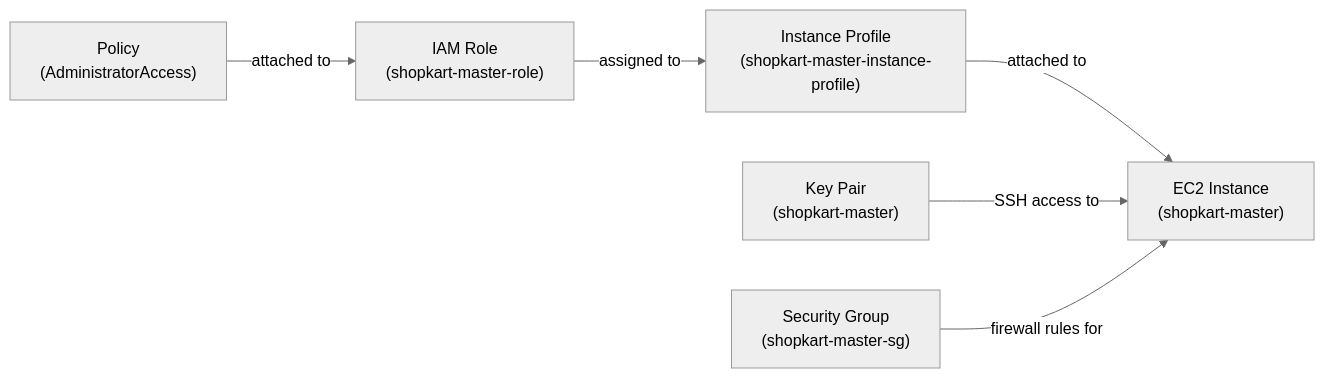
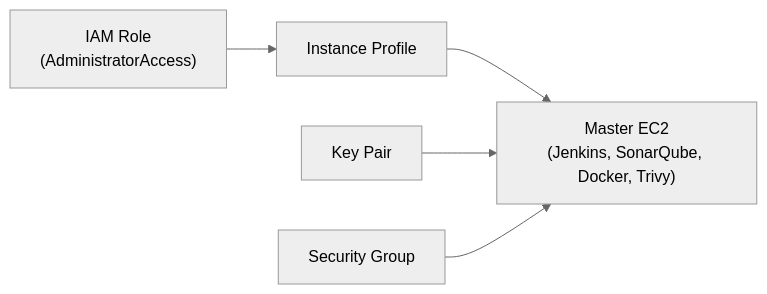
Before and after one commit to vkashsingh/shopkart-infra: the first of 2 diagrams in README.md, drawn with Mermaid (neutral theme). The commit also changed other lines of this file, not shown here.

Commit message:
docs: streamline root README to high-level architecture overview

````diff
--- a/README.md
+++ b/README.md
@@ -55,8 +25,6 @@
 ```mermaid
 flowchart LR
-    AdminPolicy["Policy<br/>(AdministratorAccess)"] -->|"attached to"| Role["IAM Role<br/>(shopkart-master-role)"]
-    Role -->|"assigned to"| Profile["Instance Profile<br/>(shopkart-master-instance-profile)"]
-    Profile -->|"attached to"| EC2["EC2 Instance<br/>(shopkart-master)"]
-    KeyPair["Key Pair<br/>(shopkart-master)"] -->|"SSH access to"| EC2
-    SG["Security Group<br/>(shopkart-master-sg)"] -->|"firewall rules for"| EC2
+    Role["IAM Role<br/>(AdministratorAccess)"] --> Profile["Instance Profile"] --> EC2["Master EC2<br/>(Jenkins, SonarQube, Docker, Trivy)"]
+    KeyPair["Key Pair"] --> EC2
+    SG["Security Group"] --> EC2
 ```
````
